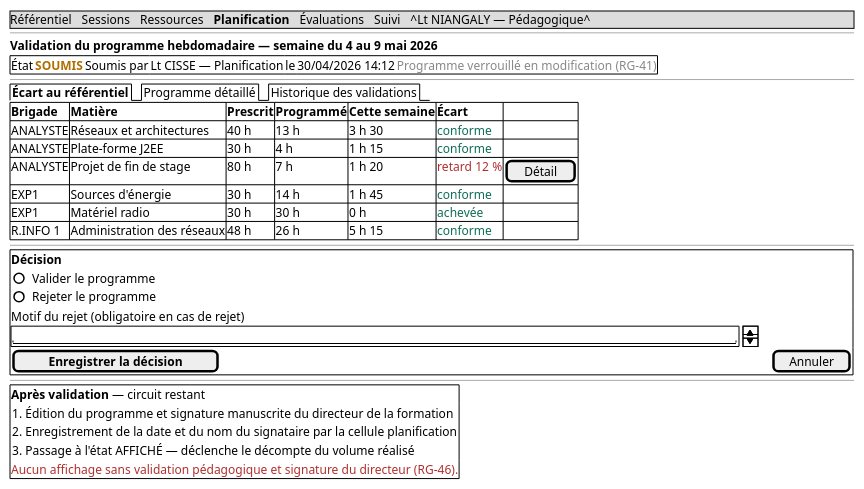
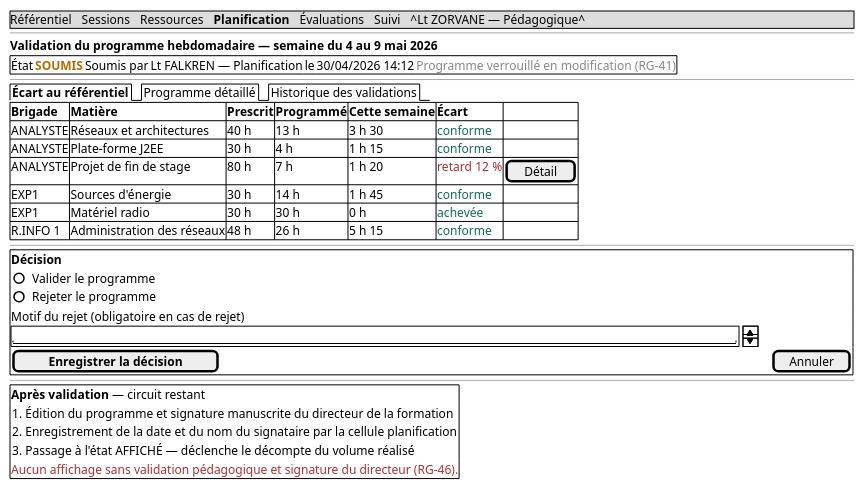
Before and after one commit to Cissemamoudou10/projet-cit: the third of 5 diagrams in docs/conception/16-maquettes.md, drawn with PlantUML. The commit also changed other lines of this file and 13 other files, not shown here.

````diff
--- a/docs/conception/16-maquettes.md
+++ b/docs/conception/16-maquettes.md
@@ -165,46 +165,46 @@
 ```plantuml
 @startsalt MAQ-03
 {
-{* Référentiel | Sessions | Ressources | <b>Planification</b> | Évaluations | Suivi | ^Lt NIANGALY — Pédagogique^ }
+{* Référentiel | Sessions | Ressources | <b>Planification</b> | Évaluations | Suivi | ^Lt ZORVANE — Pédagogique^ }
 --
 <b>Validation du programme hebdomadaire — semaine du 4 au 9 mai 2026</b>
 {+
-  État | <color:#B07000><b>SOUMIS</b></color> | Soumis par | Lt CISSE — Planification | le | 30/04/2026 14:12 | <color:#888>Programme verrouillé en modification (RG-41)</color>
+  État | <color:#B07000><b>SOUMIS</b></color> | Soumis par | Lt FALKREN — Planification | le | 30/04/2026 14:12 | <color:#888>Programme verrouillé en modification (RG-41)</color>
 }
 --
 {/ <b>Écart au référentiel</b> | Programme détaillé | Historique des validations }
 {#
  <b>Brigade</b> | <b>Matière</b> | <b>Prescrit</b> | <b>Programmé</b> | <b>Cette semaine</b> | <b>Écart</b> | .
  ANALYSTE | Réseaux et architectures | 40 h | 13 h | 3 h 30 | <color:#0F6E56>conforme</color> | .
  ANALYSTE | Plate-forme J2EE | 30 h | 4 h | 1 h 15 | <color:#0F6E56>conforme</color> | .
  ANALYSTE | Projet de fin de stage | 80 h | 7 h | 1 h 20 | <color:#B03030>retard 12 %</color> | [ Détail ]
  EXP1 | Sources d'énergie | 30 h | 14 h | 1 h 45 | <color:#0F6E56>conforme</color> | .
  EXP1 | Matériel radio | 30 h | 30 h | 0 h | <color:#0F6E56>achevée</color> | .
  R.INFO 1 | Administration des réseaux | 48 h | 26 h | 5 h 15 | <color:#0F6E56>conforme</color> | .
 }
 --
 {+
   <b>Décision</b>
   {
     ()  Valider le programme
     ()  Rejeter le programme
   }
   Motif du rejet (obligatoire en cas de rejet)
   {SI
     "                                                                                          "
   }
   [ <b>Enregistrer la décision</b> ] | [ Annuler ]
 }
 --
 {+
   <b>Après validation</b> — circuit restant
   {
    1. Édition du programme et signature manuscrite du directeur de la formation
    2. Enregistrement de la date et du nom du signataire par la cellule planification
    3. Passage à l'état AFFICHÉ — déclenche le décompte du volume réalisé
   }
   <color:#B03030>Aucun affichage sans validation pédagogique et signature du directeur (RG-46).</color>
 }
 }
 @endsalt
 ```
````
